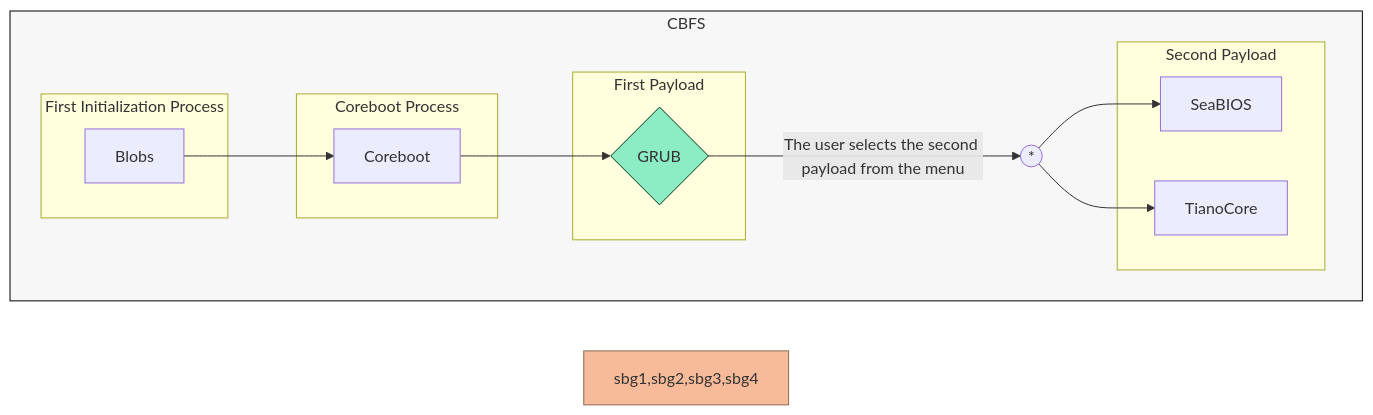
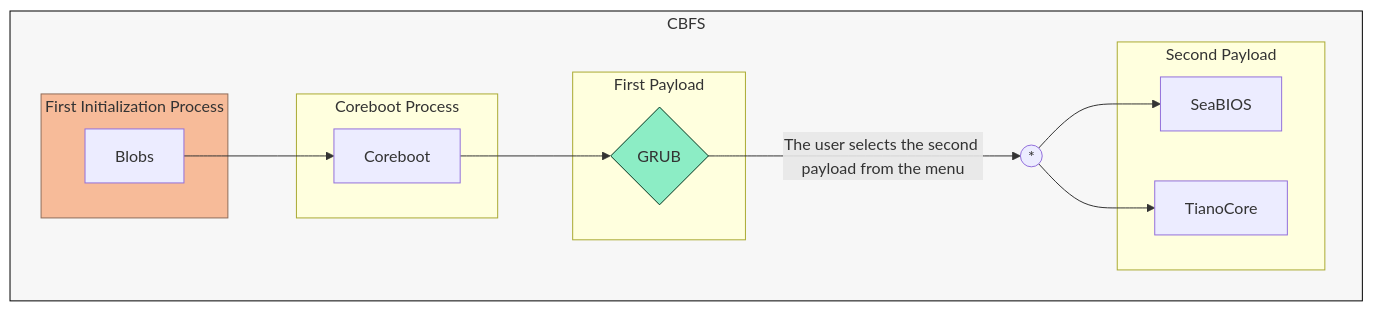
The diagram in README.md (Ch3ckm4t3C1ph3r/Lenovo-Ideapad-320-14ISK-_Coreboot-Adaptation_), drawn with Mermaid before and after one commit.

Commit message:
Modify style for sbg1 in flowchart
Updated style definition for sbg1 in flowchart.

````diff
--- a/README.md
+++ b/README.md
@@ -104,34 +104,34 @@
 ```mermaid
 flowchart LR;
     %% Definition of style of each element by id
     style cbfs fill:#f7f7f7,stroke:#000000,stroke-width:1px;
     style p1 fill:#8CEDC5,stroke:#00331E,stroke-width:1px
-    style sbg1,sbg2,sbg3,sbg4 fill:#F7BB99,stroke:#8F6C59,stroke-width:1px
+    style sbg1 fill:#F7BB99,stroke:#8F6C59,stroke-width:1px
     
     subgraph cbfs[CBFS]
         direction LR
 
         %% Not publicly documented boot process
         subgraph sbg1[First Initialization Process]
         Blobs
         end
 
         Blobs --> Coreboot
 
         subgraph sbg2[Coreboot Process]
         Coreboot
         end
     
         Coreboot-->p1{GRUB}
     
         subgraph sbg3[First Payload]
         p1{GRUB}
         end
     
         p1{GRUB}--The user selects the second payload from the menu-->UNION((*))-->p2_1[SeaBIOS] & p2_2[TianoCore]
     
         subgraph sbg4[Second Payload]
         p2_1[SeaBIOS] & p2_2[TianoCore]
         end
     end
 ```
````
